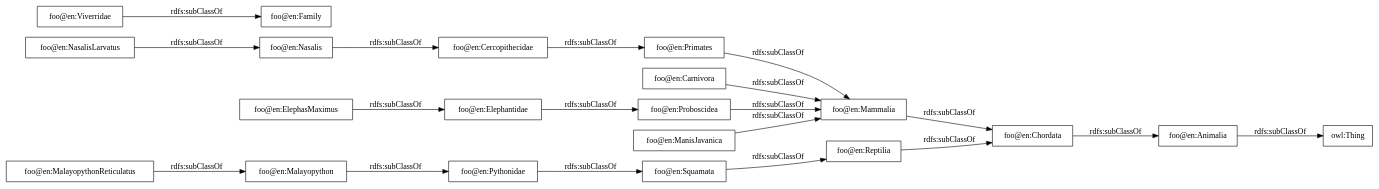
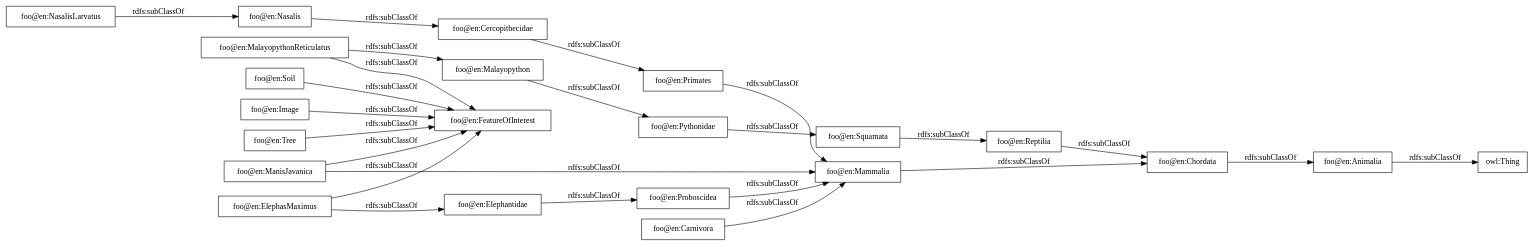
One commit to Naeima/soil changed the diagram in OnToology/soil_knowledge_graph.ttl/diagrams/ar2dtool-taxonomy/soil_knowledge_graph.ttl.png.dot. Above: the diagram before and after it, drawn with Graphviz. The commit also changed 35 other files, not shown here.

```diff
--- a/OnToology/soil_knowledge_graph.ttl/diagrams/ar2dtool-taxonomy/soil_knowledge_graph.ttl.png.dot
+++ b/OnToology/soil_knowledge_graph.ttl/diagrams/ar2dtool-taxonomy/soil_knowledge_graph.ttl.png.dot
@@ -1,24 +1,29 @@
 digraph ar2dtool_diagram { 
 rankdir=LR;
 size="1000"
-node [shape = rectangle, color="black"]; "foo@en:Squamata" "foo@en:Mammalia" "foo@en:Animalia" "foo@en:Primates" "foo@en:Carnivora" "foo@en:Viverridae" "foo@en:Elephantidae" "foo@en:Reptilia" "foo@en:Proboscidea" "foo@en:Chordata" ; /*classes style*/
+node [shape = rectangle, color="black"]; "foo@en:NasalisLarvatus" "foo@en:Soil" "foo@en:Squamata" "foo@en:Mammalia" "foo@en:FeatureOfInterest" "foo@en:Image" "foo@en:Malayopython" "foo@en:Animalia" "foo@en:Tree" "foo@en:Cercopithecidae" "foo@en:ManisJavanica" "foo@en:MalayopythonReticulatus" "foo@en:ElephasMaximus" "foo@en:Primates" "foo@en:Carnivora" "foo@en:Nasalis" "foo@en:Elephantidae" "foo@en:Reptilia" "foo@en:Pythonidae" "foo@en:Proboscidea" "foo@en:Chordata" ; /*classes style*/
+	"foo@en:Tree" -> "foo@en:FeatureOfInterest" [ label = "rdfs:subClassOf" ];
 	"foo@en:Cercopithecidae" -> "foo@en:Primates" [ label = "rdfs:subClassOf" ];
 	"foo@en:Chordata" -> "foo@en:Animalia" [ label = "rdfs:subClassOf" ];
+	"foo@en:Soil" -> "foo@en:FeatureOfInterest" [ label = "rdfs:subClassOf" ];
 	"foo@en:Squamata" -> "foo@en:Reptilia" [ label = "rdfs:subClassOf" ];
 	"foo@en:Elephantidae" -> "foo@en:Proboscidea" [ label = "rdfs:subClassOf" ];
 	"foo@en:Proboscidea" -> "foo@en:Mammalia" [ label = "rdfs:subClassOf" ];
 	"foo@en:Reptilia" -> "foo@en:Chordata" [ label = "rdfs:subClassOf" ];
+	"foo@en:ManisJavanica" -> "foo@en:FeatureOfInterest" [ label = "rdfs:subClassOf" ];
 	"foo@en:ManisJavanica" -> "foo@en:Mammalia" [ label = "rdfs:subClassOf" ];
 	"foo@en:Nasalis" -> "foo@en:Cercopithecidae" [ label = "rdfs:subClassOf" ];
-	"foo@en:Viverridae" -> "foo@en:Family" [ label = "rdfs:subClassOf" ];
+	"foo@en:ElephasMaximus" -> "foo@en:FeatureOfInterest" [ label = "rdfs:subClassOf" ];
 	"foo@en:ElephasMaximus" -> "foo@en:Elephantidae" [ label = "rdfs:subClassOf" ];
 	"foo@en:Animalia" -> "owl:Thing" [ label = "rdfs:subClassOf" ];
 	"foo@en:Malayopython" -> "foo@en:Pythonidae" [ label = "rdfs:subClassOf" ];
 	"foo@en:Carnivora" -> "foo@en:Mammalia" [ label = "rdfs:subClassOf" ];
 	"foo@en:Mammalia" -> "foo@en:Chordata" [ label = "rdfs:subClassOf" ];
 	"foo@en:MalayopythonReticulatus" -> "foo@en:Malayopython" [ label = "rdfs:subClassOf" ];
+	"foo@en:MalayopythonReticulatus" -> "foo@en:FeatureOfInterest" [ label = "rdfs:subClassOf" ];
 	"foo@en:Pythonidae" -> "foo@en:Squamata" [ label = "rdfs:subClassOf" ];
 	"foo@en:Primates" -> "foo@en:Mammalia" [ label = "rdfs:subClassOf" ];
 	"foo@en:NasalisLarvatus" -> "foo@en:Nasalis" [ label = "rdfs:subClassOf" ];
+	"foo@en:Image" -> "foo@en:FeatureOfInterest" [ label = "rdfs:subClassOf" ];
 
 }
```
